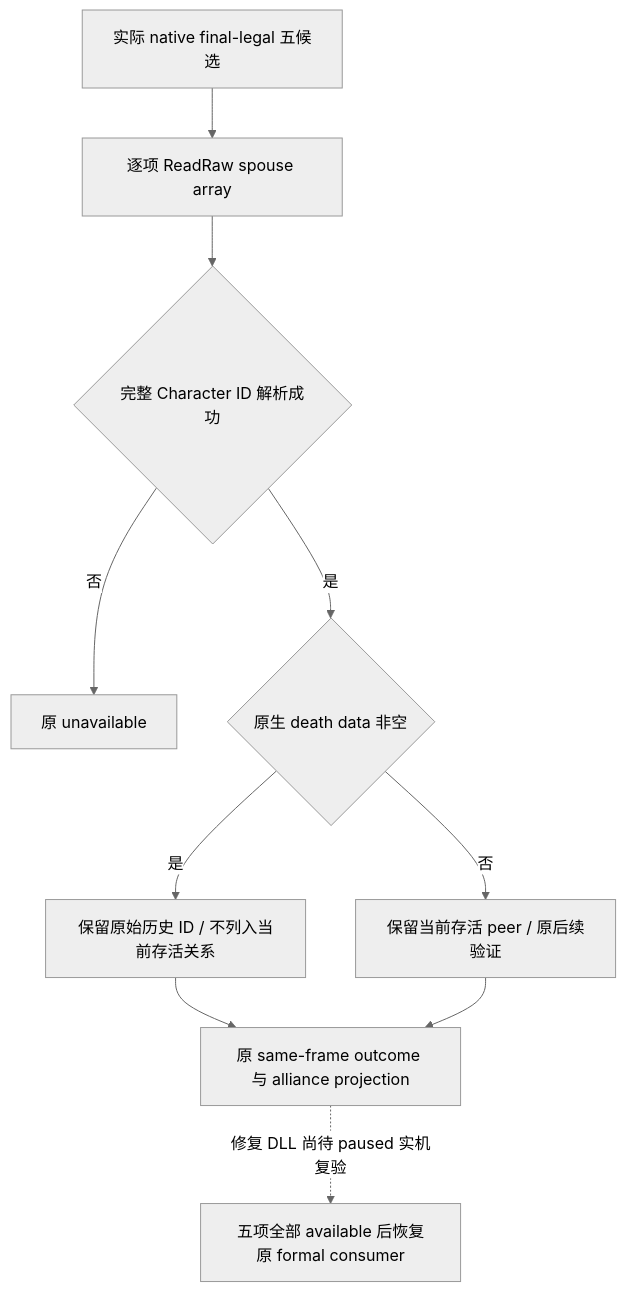
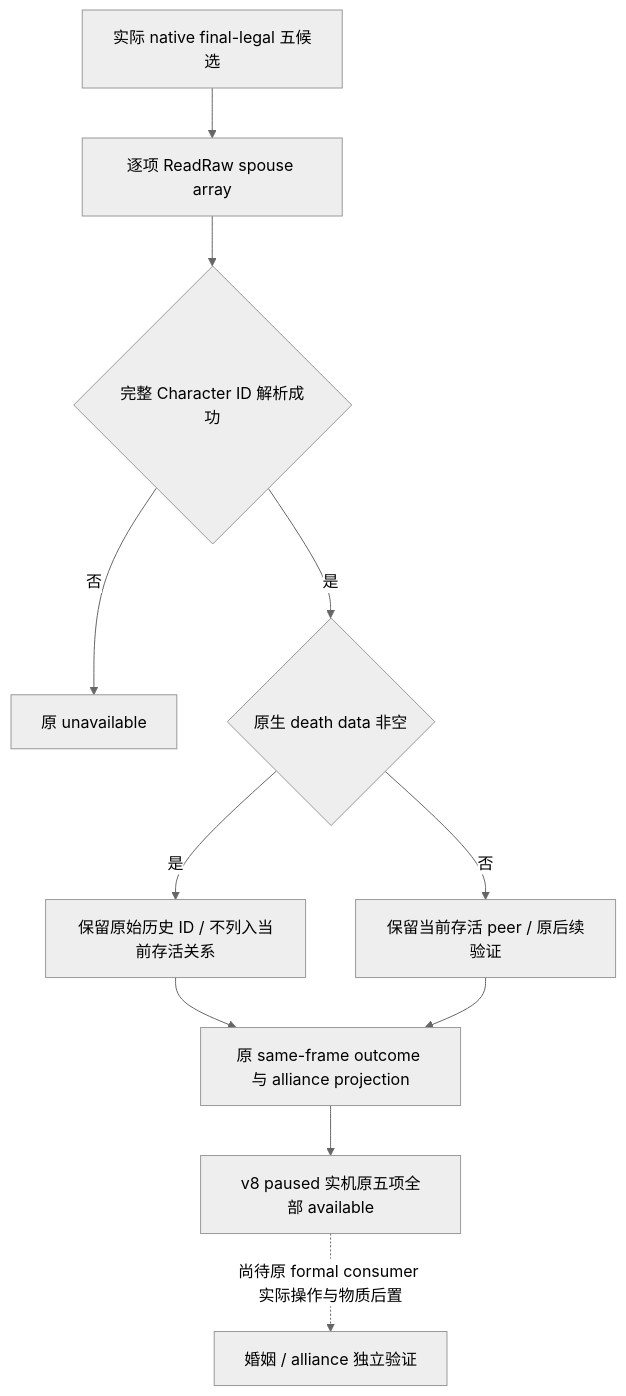
The second of 3 diagrams in docs/ck3-native-ai/ck3-1.20.0.2-family.md (XenoAmess/ck3_eternal_recurrence), drawn with Mermaid (neutral theme) before and after one commit. The commit also changed other lines of this file and 19 other files, not shown here.

````diff
--- a/docs/ck3-native-ai/ck3-1.20.0.2-family.md
+++ b/docs/ck3-native-ai/ck3-1.20.0.2-family.md
@@ -132,12 +132,13 @@
 ```mermaid
 flowchart TD
     A[实际 native final-legal 五候选] --> B[逐项 ReadRaw spouse array]
     B --> C{完整 Character ID 解析成功}
     C -- 否 --> U[原 unavailable]
     C -- 是 --> D{原生 death data 非空}
     D -- 是 --> H[保留原始历史 ID / 不列入当前存活关系]
     D -- 否 --> L[保留当前存活 peer / 原后续验证]
     H --> N[原 same-frame outcome 与 alliance projection]
     L --> N
-    N -. 修复 DLL 尚待 paused 实机复验 .-> V[五项全部 available 后恢复原 formal consumer]
+    N --> V[v8 paused 实机原五项全部 available]
+    V -. 尚待原 formal consumer 实际操作与物质后置 .-> O[婚姻 / alliance 独立验证]
 ```
````
